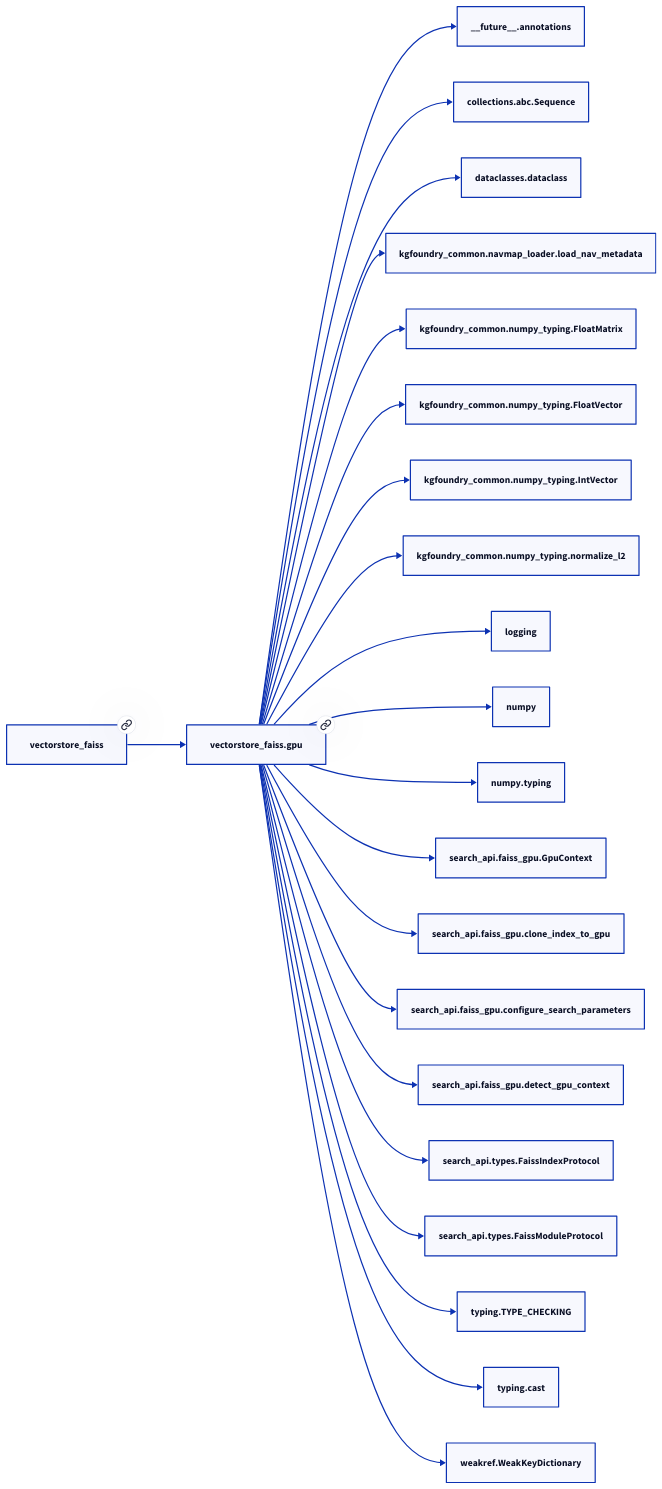
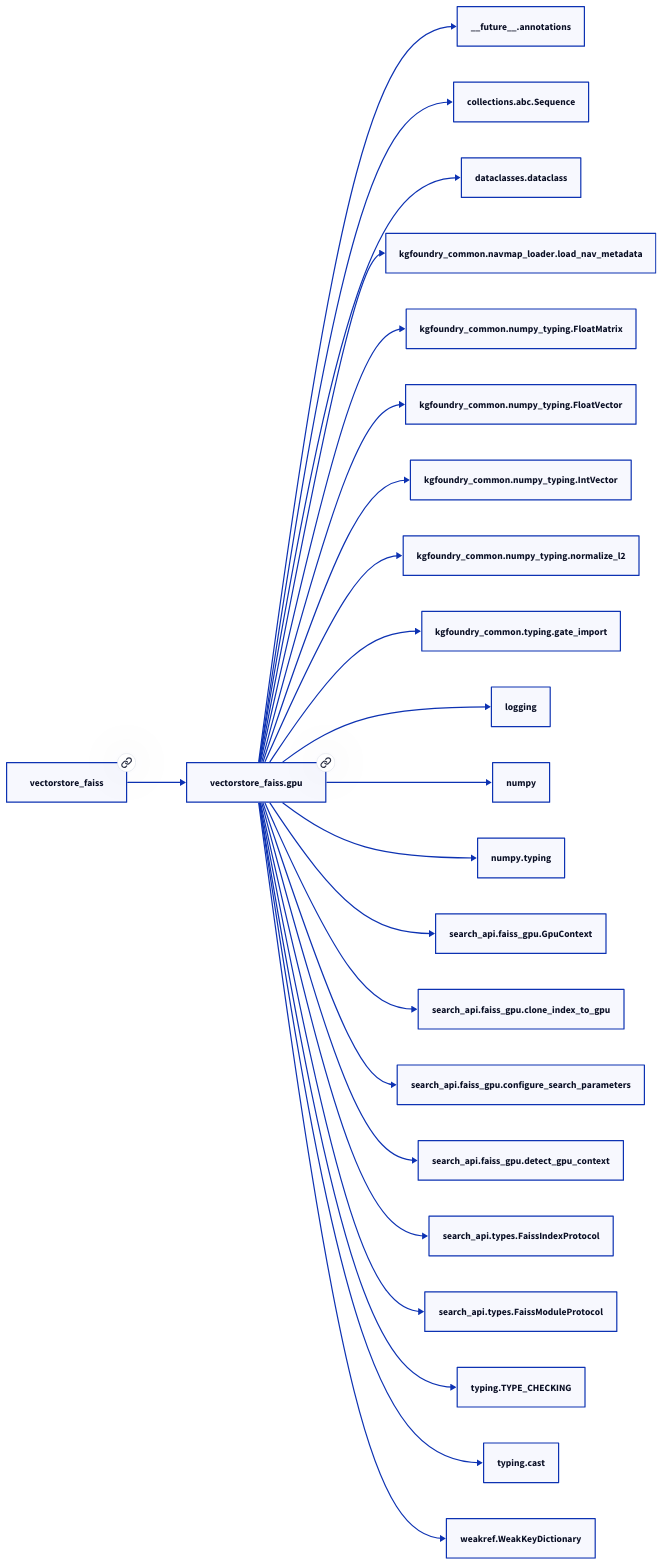
The second of 2 diagrams in docs/modules/vectorstore_faiss/gpu.md (paul-heyse/kgforge), drawn with D2 before and after one commit. The commit also changed other lines of this file and 107 other files, not shown here.

````diff
--- a/docs/modules/vectorstore_faiss/gpu.md
+++ b/docs/modules/vectorstore_faiss/gpu.md
@@ -54,46 +54,48 @@
 ```d2
 direction: right
 "vectorstore_faiss.gpu": "vectorstore_faiss.gpu" { link: "https://github.com/paul-heyse/kgfoundry/blob/main/src/vectorstore_faiss/gpu.py" }
 "__future__.annotations": "__future__.annotations"
 "vectorstore_faiss.gpu" -> "__future__.annotations"
 "collections.abc.Sequence": "collections.abc.Sequence"
 "vectorstore_faiss.gpu" -> "collections.abc.Sequence"
 "dataclasses.dataclass": "dataclasses.dataclass"
 "vectorstore_faiss.gpu" -> "dataclasses.dataclass"
 "kgfoundry_common.navmap_loader.load_nav_metadata": "kgfoundry_common.navmap_loader.load_nav_metadata"
 "vectorstore_faiss.gpu" -> "kgfoundry_common.navmap_loader.load_nav_metadata"
 "kgfoundry_common.numpy_typing.FloatMatrix": "kgfoundry_common.numpy_typing.FloatMatrix"
 "vectorstore_faiss.gpu" -> "kgfoundry_common.numpy_typing.FloatMatrix"
 "kgfoundry_common.numpy_typing.FloatVector": "kgfoundry_common.numpy_typing.FloatVector"
 "vectorstore_faiss.gpu" -> "kgfoundry_common.numpy_typing.FloatVector"
 "kgfoundry_common.numpy_typing.IntVector": "kgfoundry_common.numpy_typing.IntVector"
 "vectorstore_faiss.gpu" -> "kgfoundry_common.numpy_typing.IntVector"
 "kgfoundry_common.numpy_typing.normalize_l2": "kgfoundry_common.numpy_typing.normalize_l2"
 "vectorstore_faiss.gpu" -> "kgfoundry_common.numpy_typing.normalize_l2"
+"kgfoundry_common.typing.gate_import": "kgfoundry_common.typing.gate_import"
+"vectorstore_faiss.gpu" -> "kgfoundry_common.typing.gate_import"
 "logging": "logging"
 "vectorstore_faiss.gpu" -> "logging"
 "numpy": "numpy"
 "vectorstore_faiss.gpu" -> "numpy"
 "numpy.typing": "numpy.typing"
 "vectorstore_faiss.gpu" -> "numpy.typing"
 "search_api.faiss_gpu.GpuContext": "search_api.faiss_gpu.GpuContext"
 "vectorstore_faiss.gpu" -> "search_api.faiss_gpu.GpuContext"
 "search_api.faiss_gpu.clone_index_to_gpu": "search_api.faiss_gpu.clone_index_to_gpu"
 "vectorstore_faiss.gpu" -> "search_api.faiss_gpu.clone_index_to_gpu"
 "search_api.faiss_gpu.configure_search_parameters": "search_api.faiss_gpu.configure_search_parameters"
 "vectorstore_faiss.gpu" -> "search_api.faiss_gpu.configure_search_parameters"
 "search_api.faiss_gpu.detect_gpu_context": "search_api.faiss_gpu.detect_gpu_context"
 "vectorstore_faiss.gpu" -> "search_api.faiss_gpu.detect_gpu_context"
 "search_api.types.FaissIndexProtocol": "search_api.types.FaissIndexProtocol"
 "vectorstore_faiss.gpu" -> "search_api.types.FaissIndexProtocol"
 "search_api.types.FaissModuleProtocol": "search_api.types.FaissModuleProtocol"
 "vectorstore_faiss.gpu" -> "search_api.types.FaissModuleProtocol"
 "typing.TYPE_CHECKING": "typing.TYPE_CHECKING"
 "vectorstore_faiss.gpu" -> "typing.TYPE_CHECKING"
 "typing.cast": "typing.cast"
 "vectorstore_faiss.gpu" -> "typing.cast"
 "weakref.WeakKeyDictionary": "weakref.WeakKeyDictionary"
 "vectorstore_faiss.gpu" -> "weakref.WeakKeyDictionary"
 "vectorstore_faiss": "vectorstore_faiss" { link: "https://github.com/paul-heyse/kgfoundry/blob/main/src/vectorstore_faiss/__init__.py" }
 "vectorstore_faiss" -> "vectorstore_faiss.gpu" { style: dashed }
 ```
````
